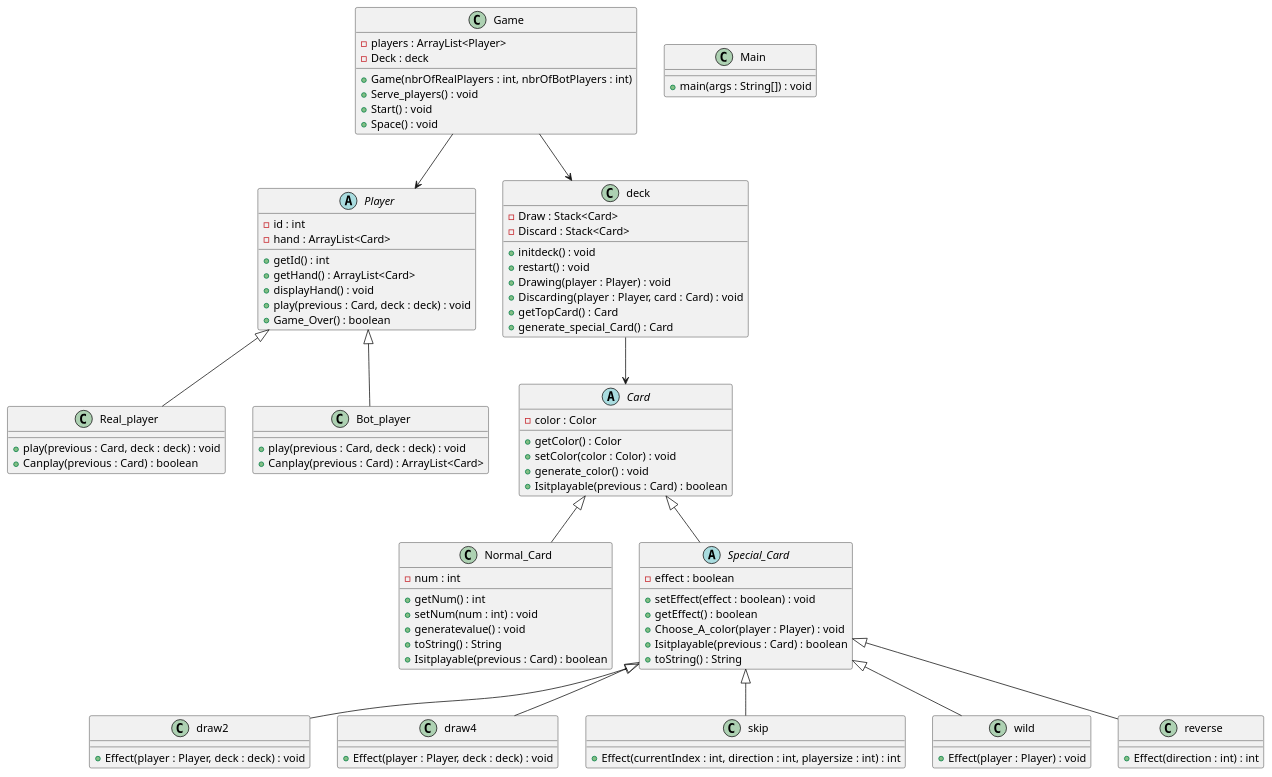
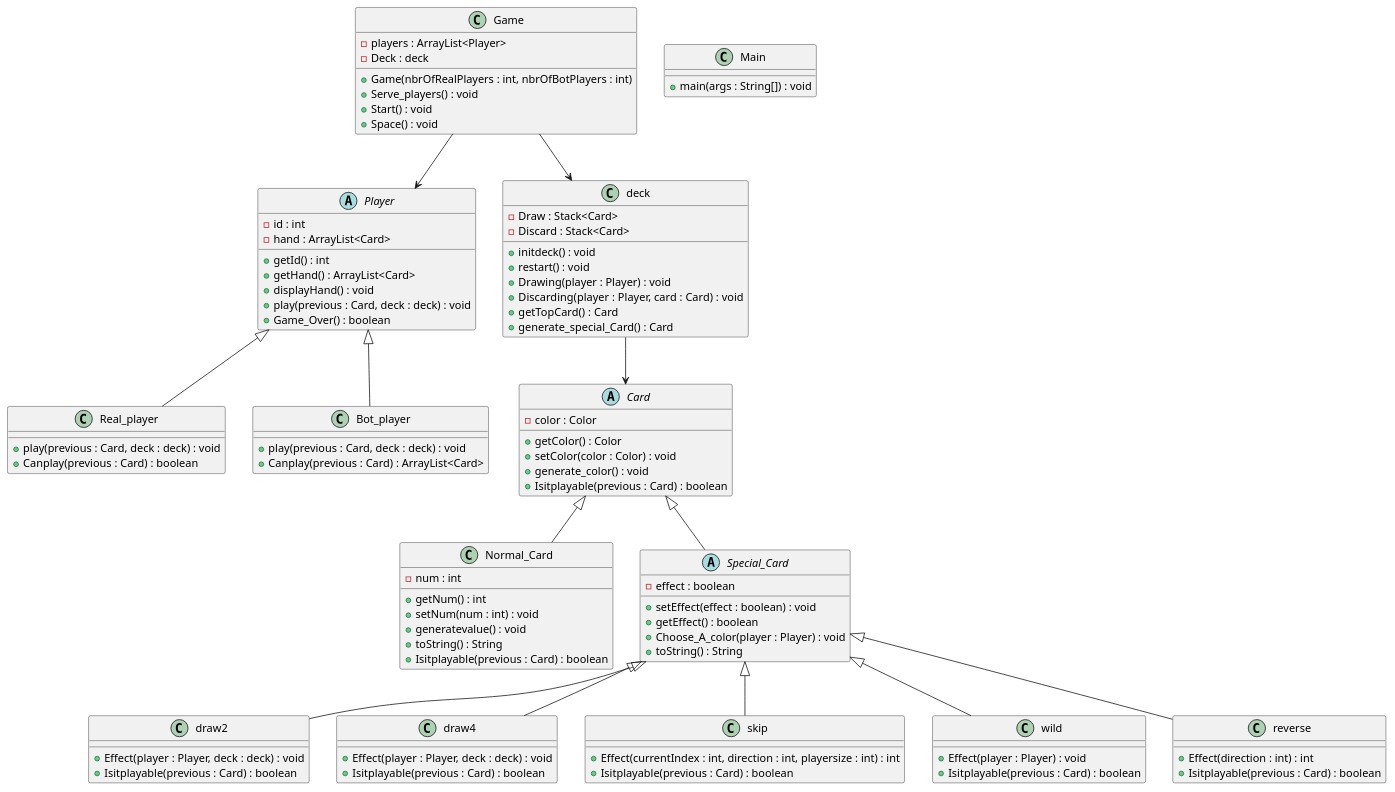
One commit to nisbenz/Uno_Game changed the diagram in plantuml_export.puml. Above: the diagram before and after it, drawn with PlantUML.

```diff
--- a/plantuml_export.puml
+++ b/plantuml_export.puml
@@ -1,111 +1,115 @@
 @startuml
 '-----------------------
 ' Card hierarchy
 '-----------------------
 
 abstract class Card {
     - color : Color
     + getColor() : Color
     + setColor(color : Color) : void
     + generate_color() : void
     + Isitplayable(previous : Card) : boolean
 }
 
 class Normal_Card extends Card {
     - num : int
     + getNum() : int
     + setNum(num : int) : void
     + generatevalue() : void
     + toString() : String
     + Isitplayable(previous : Card) : boolean
 }
 
 abstract class Special_Card extends Card {
     - effect : boolean
     + setEffect(effect : boolean) : void
     + getEffect() : boolean
     + Choose_A_color(player : Player) : void
-    + Isitplayable(previous : Card) : boolean
     + toString() : String
 }
 
 class draw2 extends Special_Card {
     + Effect(player : Player, deck : deck) : void
+    + Isitplayable(previous : Card) : boolean
 }
 
 class draw4 extends Special_Card {
     + Effect(player : Player, deck : deck) : void
+    + Isitplayable(previous : Card) : boolean
 }
 
 class skip extends Special_Card {
     + Effect(currentIndex : int, direction : int, playersize : int) : int
+    + Isitplayable(previous : Card) : boolean
 }
 
 class wild extends Special_Card {
     + Effect(player : Player) : void
+    + Isitplayable(previous : Card) : boolean
 }
 
 class reverse extends Special_Card {
     + Effect(direction : int) : int
+    + Isitplayable(previous : Card) : boolean
 }
 
 
 '-----------------------
 ' Player hierarchy
 '-----------------------
 
 abstract class Player {
     - id : int
     - hand : ArrayList<Card>
     + getId() : int
     + getHand() : ArrayList<Card>
     + displayHand() : void
     + play(previous : Card, deck : deck) : void
     + Game_Over() : boolean
 }
 
 class Real_player extends Player {
     + play(previous : Card, deck : deck) : void
     + Canplay(previous : Card) : boolean
 }
 
 class Bot_player extends Player {
     + play(previous : Card, deck : deck) : void
     + Canplay(previous : Card) : ArrayList<Card>
 }
 
 
 
 '-----------------------
 ' Other Classes
 '-----------------------
 
 class deck {
     - Draw : Stack<Card>
     - Discard : Stack<Card>
     + initdeck() : void
     + restart() : void
     + Drawing(player : Player) : void
     + Discarding(player : Player, card : Card) : void
     + getTopCard() : Card
     + generate_special_Card() : Card
 }
 
 class Game {
     - players : ArrayList<Player>
     - Deck : deck
     + Game(nbrOfRealPlayers : int, nbrOfBotPlayers : int)
     + Serve_players() : void
     + Start() : void
     + Space() : void
 }
 
 class Main {
     + main(args : String[]) : void
 }
 
 Game --> deck
 Game --> Player
 deck --> Card
 
 @enduml
```
